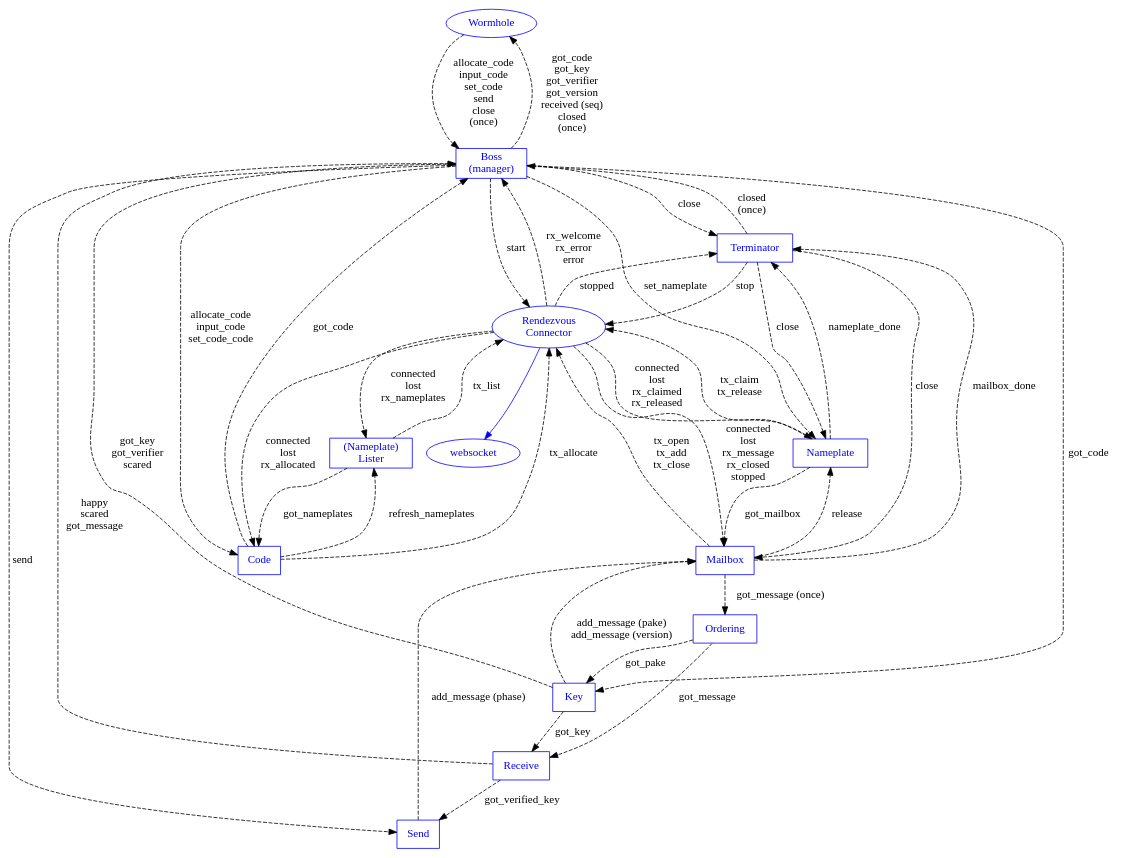
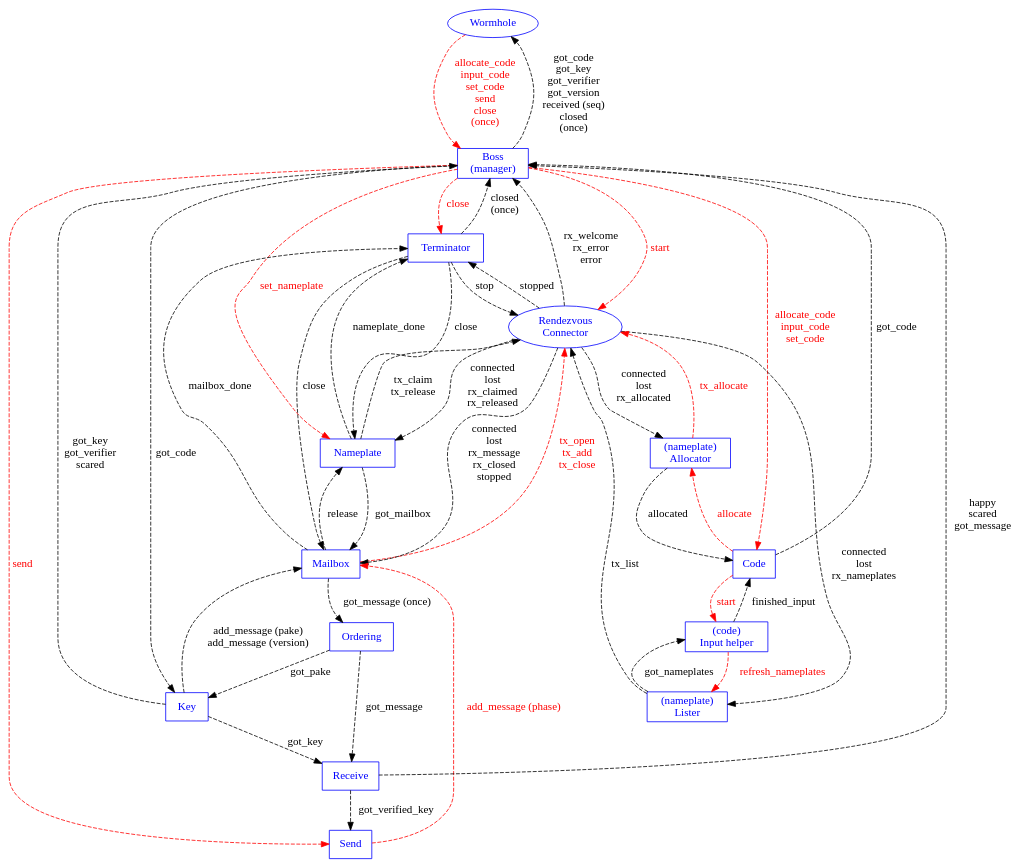
One commit to magic-wormhole/magic-wormhole changed the diagram in docs/state-machines/machines.dot. Above: the diagram before and after it, drawn with Graphviz. The commit also changed 3 other files, not shown here.

Commit message:
split Code into Code/Input/Allocator, ostensibly simpler

```diff
--- a/docs/state-machines/machines.dot
+++ b/docs/state-machines/machines.dot
@@ -1,94 +1,110 @@
 digraph {
         Wormhole [shape="oval" color="blue" fontcolor="blue"]
         Boss [shape="box" label="Boss\n(manager)"
                   color="blue" fontcolor="blue"]
         Nameplate [shape="box" color="blue" fontcolor="blue"]
         Mailbox [shape="box" color="blue" fontcolor="blue"]
         Connection [label="Rendezvous\nConnector"
                     shape="oval" color="blue" fontcolor="blue"]
-        websocket [color="blue" fontcolor="blue"]
+        #websocket [color="blue" fontcolor="blue"]
         Order [shape="box" label="Ordering" color="blue" fontcolor="blue"]
         Key [shape="box" label="Key" color="blue" fontcolor="blue"]
         Send [shape="box" label="Send" color="blue" fontcolor="blue"]
         Receive [shape="box" label="Receive" color="blue" fontcolor="blue"]
         Code [shape="box" label="Code" color="blue" fontcolor="blue"]
-        Lister [shape="box" label="(Nameplate)\nLister"
+        Lister [shape="box" label="(nameplate)\nLister"
                 color="blue" fontcolor="blue"]
+        Allocator [shape="box" label="(nameplate)\nAllocator"
+                   color="blue" fontcolor="blue"]
+        Input [shape="box" label="(code)\nInput helper"
+               color="blue" fontcolor="blue"]
         Terminator [shape="box" color="blue" fontcolor="blue"]
 
-        Connection -> websocket [color="blue"]
+        #Connection -> websocket [color="blue"]
         #Connection -> Order [color="blue"]
 
-        Wormhole -> Boss [style="dashed" label="allocate_code\ninput_code\nset_code\nsend\nclose\n(once)"]
+        Wormhole -> Boss [style="dashed"
+                          label="allocate_code\ninput_code\nset_code\nsend\nclose\n(once)"
+                          color="red" fontcolor="red"]
         #Wormhole -> Boss [color="blue"]
         Boss -> Wormhole [style="dashed" label="got_code\ngot_key\ngot_verifier\ngot_version\nreceived (seq)\nclosed\n(once)"]
 
         #Boss -> Connection [color="blue"]
-        Boss -> Connection [style="dashed" label="start"]
+        Boss -> Connection [style="dashed" label="start"
+                            color="red" fontcolor="red"]
         Connection -> Boss [style="dashed" label="rx_welcome\nrx_error\nerror"]
 
-        Boss -> Send [style="dashed" label="send"]
+        Boss -> Send [style="dashed" color="red" fontcolor="red" label="send"]
 
-        Boss -> Nameplate [style="dashed" label="set_nameplate"]
+        Boss -> Nameplate [style="dashed" color="red" fontcolor="red"
+                           label="set_nameplate"]
         #Boss -> Mailbox [color="blue"]
         Mailbox -> Order [style="dashed" label="got_message (once)"]
         Boss -> Key [style="dashed" label="got_code"]
         Key -> Boss [style="dashed" label="got_key\ngot_verifier\nscared"]
         Order -> Key [style="dashed" label="got_pake"]
         Order -> Receive [style="dashed" label="got_message"]
         #Boss -> Key [color="blue"]
         Key -> Mailbox [style="dashed"
                         label="add_message (pake)\nadd_message (version)"]
         Receive -> Send [style="dashed" label="got_verified_key"]
-        Send -> Mailbox [style="dashed" label="add_message (phase)"]
+        Send -> Mailbox [style="dashed" color="red" fontcolor="red"
+                         label="add_message (phase)"]
 
         Key -> Receive [style="dashed" label="got_key"]
         Receive -> Boss [style="dashed"
                          label="happy\nscared\ngot_message"]
         Nameplate -> Connection [style="dashed"
                                  label="tx_claim\ntx_release"]
         Connection -> Nameplate [style="dashed"
                                  label="connected\nlost\nrx_claimed\nrx_released"]
         Mailbox -> Nameplate [style="dashed" label="release"]
         Nameplate -> Mailbox [style="dashed" label="got_mailbox"]
 
-        Mailbox -> Connection [style="dashed"
+        Mailbox -> Connection [style="dashed" color="red" fontcolor="red"
                                label="tx_open\ntx_add\ntx_close"
                                ]
         Connection -> Mailbox [style="dashed"
                                label="connected\nlost\nrx_message\nrx_closed\nstopped"]
 
         Connection -> Lister [style="dashed"
                               label="connected\nlost\nrx_nameplates"
                               ]
         Lister -> Connection [style="dashed"
                               label="tx_list"
                               ]
 
         #Boss -> Code [color="blue"]
-        Connection -> Code [style="dashed"
-                            label="connected\nlost\nrx_allocated"]
-        Code -> Connection [style="dashed"
-                            label="tx_allocate"
-                            ]
-        Lister -> Code [style="dashed"
-                        label="got_nameplates"
-                        ]
+        Connection -> Allocator [style="dashed"
+                                 label="connected\nlost\nrx_allocated"]
+        Allocator -> Connection [style="dashed" color="red" fontcolor="red"
+                                 label="tx_allocate"
+                                 ]
+        Lister -> Input [style="dashed"
+                         label="got_nameplates"
+                         ]
         #Code -> Lister [color="blue"]
-        Code -> Lister [style="dashed"
-                        label="refresh_nameplates"
-                        ]
-        Boss -> Code [style="dashed"
-                      label="allocate_code\ninput_code\nset_code_code"]
+        Input -> Lister [style="dashed" color="red" fontcolor="red"
+                         label="refresh_nameplates"
+                         ]
+        Boss -> Code [style="dashed" color="red" fontcolor="red"
+                      label="allocate_code\ninput_code\nset_code"]
         Code -> Boss [style="dashed"
                       label="got_code"]
+
+        Code -> Input [style="dashed" color="red" fontcolor="red" label="start"]
+        Input -> Code [style="dashed" label="finished_input"]
+        Code -> Allocator [style="dashed" color="red" fontcolor="red"
+                           label="allocate"]
+        Allocator -> Code [style="dashed" label="allocated"]
 
         Nameplate -> Terminator [style="dashed" label="nameplate_done"]
         Mailbox -> Terminator [style="dashed" label="mailbox_done"]
         Terminator -> Nameplate [style="dashed" label="close"]
         Terminator -> Mailbox [style="dashed" label="close"]
         Terminator -> Connection [style="dashed" label="stop"]
         Connection -> Terminator [style="dashed" label="stopped"]
         Terminator -> Boss [style="dashed" label="closed\n(once)"]
-        Boss -> Terminator [style="dashed" label="close"]
+        Boss -> Terminator [style="dashed" color="red" fontcolor="red"
+                            label="close"]
 }
```
